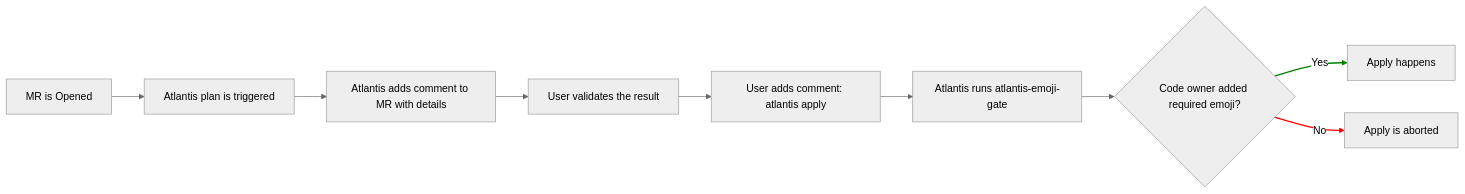
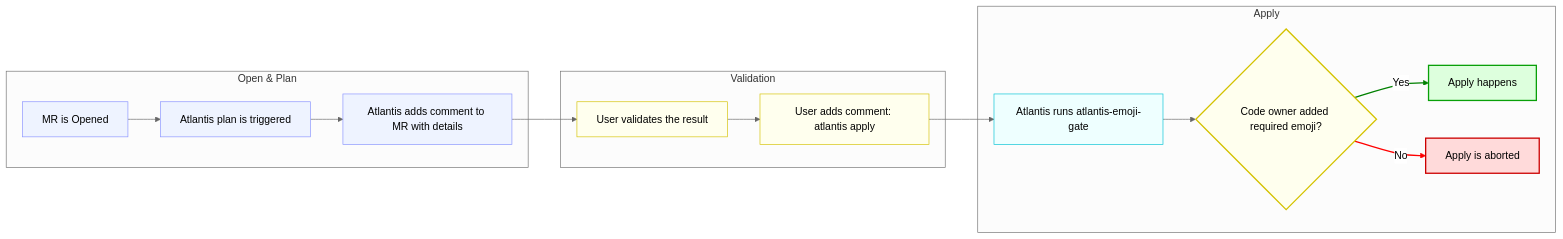
One commit to shini4i/atlantis-emoji-gate changed the diagram in README.md. Above: the diagram before and after it, drawn with Mermaid (neutral theme).

Commit message:
docs: improve mermaid diagram (#15)

````diff
--- a/README.md
+++ b/README.md
@@ -23,15 +23,36 @@
 ```mermaid
 graph LR
-    A[MR is Opened] --> B[Atlantis plan is triggered]
-    B --> C[Atlantis adds comment to MR with details]
-    C --> D[User validates the result]
-    D --> E[User adds comment: atlantis apply]
-    E --> F[Atlantis runs atlantis-emoji-gate]
-    F --> G{Code owner added required emoji?}
-    G -->|Yes| H[Apply happens]
-    G -->|No| I[Apply is aborted]
 
-%% Style links
+    subgraph "Open & Plan"
+        A[MR is Opened] --> B[Atlantis plan is triggered]
+        B --> C[Atlantis adds comment to MR with details]
+    end
+
+    subgraph "Validation"
+        C --> D[User validates the result]
+        D --> E[User adds comment: atlantis apply]
+    end
+
+    subgraph "Apply"
+        E --> F[Atlantis runs atlantis-emoji-gate]
+        F --> G{Code owner added required emoji?}
+        G -->|Yes| H[Apply happens]
+        G -->|No| I[Apply is aborted]
+    end
+
+%% Style the nodes
+    style A fill:#EEF3FF,stroke:#8892FF,stroke-width:1px,color:#000
+    style B fill:#EEF3FF,stroke:#8892FF,stroke-width:1px,color:#000
+    style C fill:#EEF3FF,stroke:#8892FF,stroke-width:1px,color:#000
+    style D fill:#FFFFEE,stroke:#D4C200,stroke-width:1px,color:#000
+    style E fill:#FFFFEE,stroke:#D4C200,stroke-width:1px,color:#000
+    style F fill:#EEFFFF,stroke:#00C2D4,stroke-width:1px,color:#000
+    style G fill:#FFFFEE,stroke:#D4C200,stroke-width:2px,color:#000
+    style H fill:#DDFFDD,stroke:#09A009,stroke-width:2px,color:#000
+    style I fill:#FFDADA,stroke:#CC0000,stroke-width:2px,color:#000
+
+%% Style specific links (6 and 7 from the original diagram)
     linkStyle 6 stroke:green,stroke-width:2px
     linkStyle 7 stroke:red,stroke-width:2px
+
 ```
````
